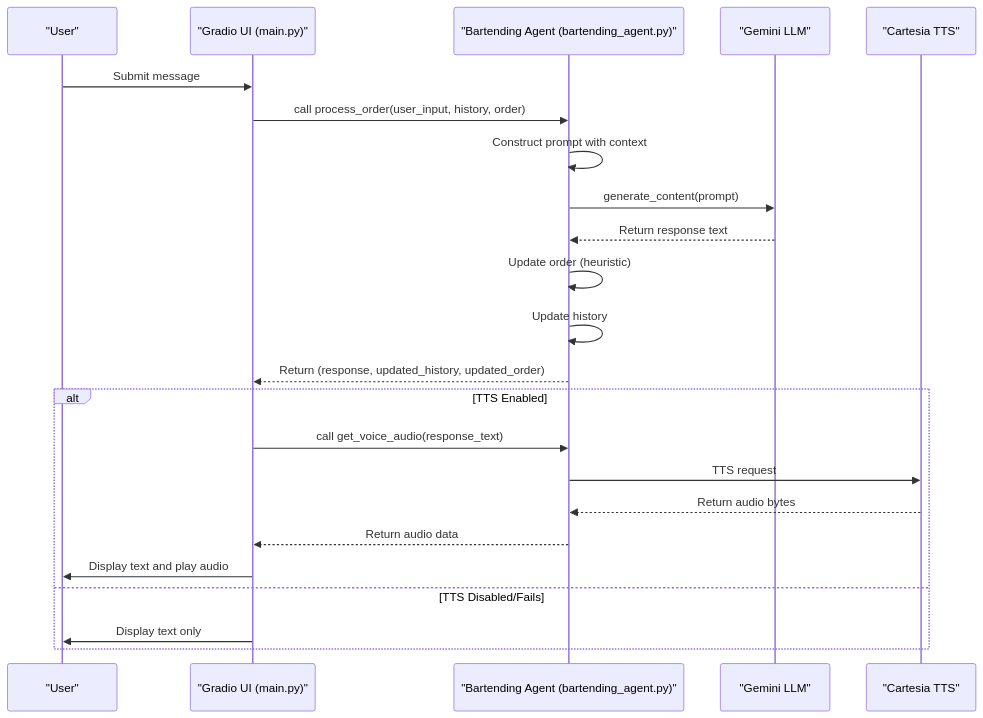
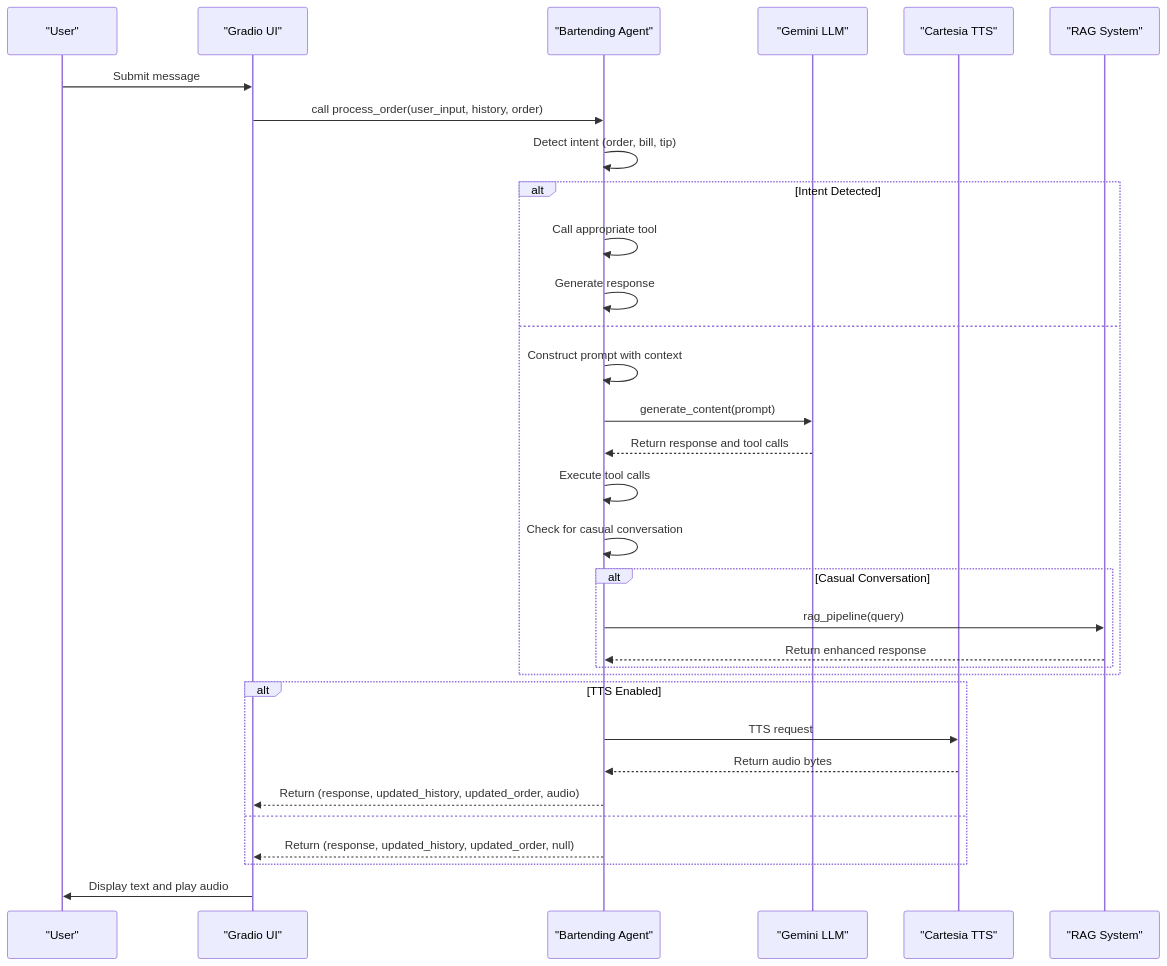
One commit to MOK-5-ha/MayaBartendingAgent changed the second of 4 diagrams in .qoder/repowiki/en/content/AI Integration/Gemini LLM Integration.md. Above: the diagram before and after it, drawn with Mermaid. The commit also changed other lines of this file and 14 other files, not shown here.

````diff
--- a/.qoder/repowiki/en/content/AI Integration/Gemini LLM Integration.md
+++ b/.qoder/repowiki/en/content/AI Integration/Gemini LLM Integration.md
@@ -71,25 +81,34 @@
 ```mermaid
 sequenceDiagram
 participant User as "User"
-participant Gradio as "Gradio UI (main.py)"
-participant Agent as "Bartending Agent (bartending_agent.py)"
+participant Gradio as "Gradio UI"
+participant Agent as "Bartending Agent"
 participant Gemini as "Gemini LLM"
 participant Cartesia as "Cartesia TTS"
+participant RAG as "RAG System"
 User->>Gradio : Submit message
 Gradio->>Agent : call process_order(user_input, history, order)
+Agent->>Agent : Detect intent (order, bill, tip)
+alt Intent Detected
+Agent->>Agent : Call appropriate tool
+Agent->>Agent : Generate response
+else
 Agent->>Agent : Construct prompt with context
 Agent->>Gemini : generate_content(prompt)
-Gemini-->>Agent : Return response text
-Agent->>Agent : Update order (heuristic)
-Agent->>Agent : Update history
-Agent-->>Gradio : Return (response, updated_history, updated_order)
+Gemini-->>Agent : Return response and tool calls
+Agent->>Agent : Execute tool calls
+Agent->>Agent : Check for casual conversation
+alt Casual Conversation
+Agent->>RAG : rag_pipeline(query)
+RAG-->>Agent : Return enhanced response
+end
+end
 alt TTS Enabled
-Gradio->>Agent : call get_voice_audio(response_text)
 Agent->>Cartesia : TTS request
 Cartesia-->>Agent : Return audio bytes
-Agent-->>Gradio : Return audio data
+Agent-->>Gradio : Return (response, updated_history, updated_order, audio)
+else
+Agent-->>Gradio : Return (response, updated_history, updated_order, null)
+end
 Gradio->>User : Display text and play audio
-else TTS Disabled/Fails
-Gradio->>User : Display text only
-end
 ```
````
